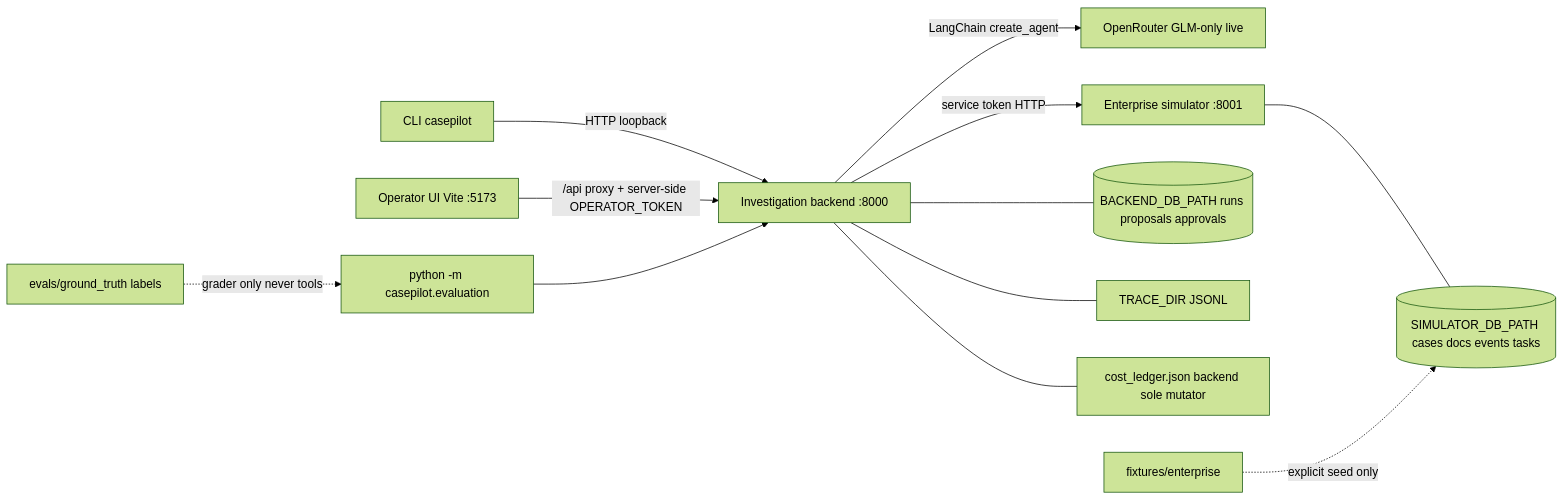
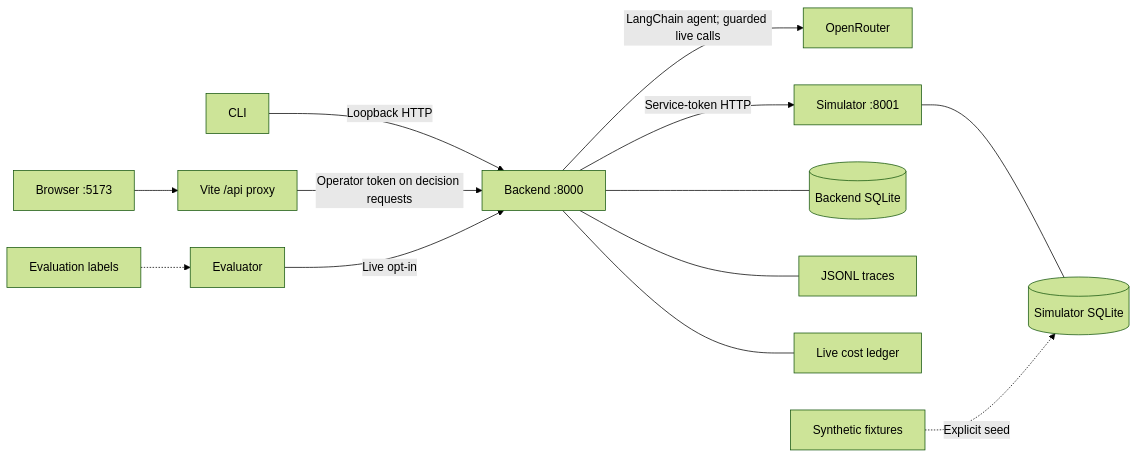
One commit to joshua-decristi/case-pilot changed the first of 2 diagrams in docs/architecture.md. Above: the diagram before and after it, drawn with Mermaid (forest theme). The commit also changed other lines of this file and 4 other files, not shown here.

````diff
--- a/docs/architecture.md
+++ b/docs/architecture.md
@@ -7,14 +9,15 @@
 ```mermaid
 flowchart LR
-  CLI["CLI casepilot"] -->|HTTP loopback| BE["Investigation backend :8000"]
-  UI["Operator UI Vite :5173"] -->|"/api proxy + server-side OPERATOR_TOKEN"| BE
-  BE -->|LangChain create_agent| OR["OpenRouter GLM-only live"]
-  BE -->|service token HTTP| SIM["Enterprise simulator :8001"]
-  BE --- BDB[("BACKEND_DB_PATH runs proposals approvals")]
-  BE --- TR["TRACE_DIR JSONL"]
-  BE --- LED["cost_ledger.json backend sole mutator"]
-  SIM --- SDB[("SIMULATOR_DB_PATH cases docs events tasks")]
-  FIX["fixtures/enterprise"] -.->|explicit seed only| SDB
-  LAB["evals/ground_truth labels"] -.->|grader only never tools| EV["python -m casepilot.evaluation"]
-  EV --> BE
+  CLI["CLI"] -->|"Loopback HTTP"| BE["Backend :8000"]
+  Browser["Browser :5173"] --> Proxy["Vite /api proxy"]
+  Proxy -->|"Operator token on decision requests"| BE
+  BE -->|"LangChain agent; guarded live calls"| Model["OpenRouter"]
+  BE -->|"Service-token HTTP"| SIM["Simulator :8001"]
+  BE --- BDB[("Backend SQLite")]
+  BE --- Trace["JSONL traces"]
+  BE --- Ledger["Live cost ledger"]
+  SIM --- SDB[("Simulator SQLite")]
+  Fixtures["Synthetic fixtures"] -.->|"Explicit seed"| SDB
+  Labels["Evaluation labels"] -.-> Grader["Evaluator"]
+  Grader -->|"Live opt-in"| BE
 ```
````
